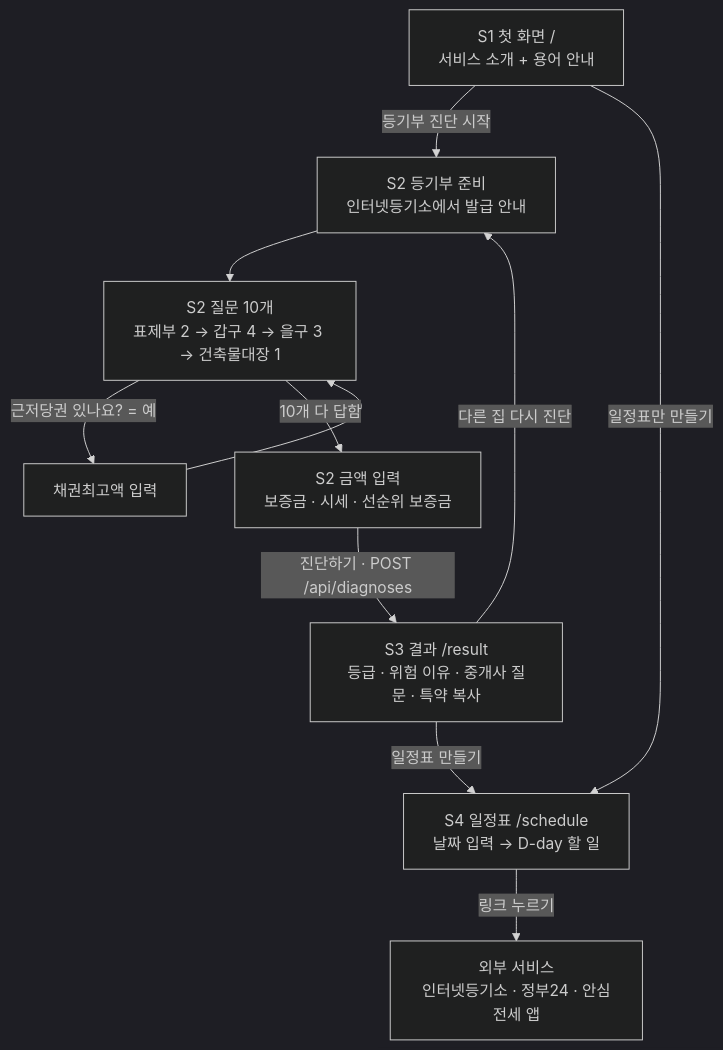
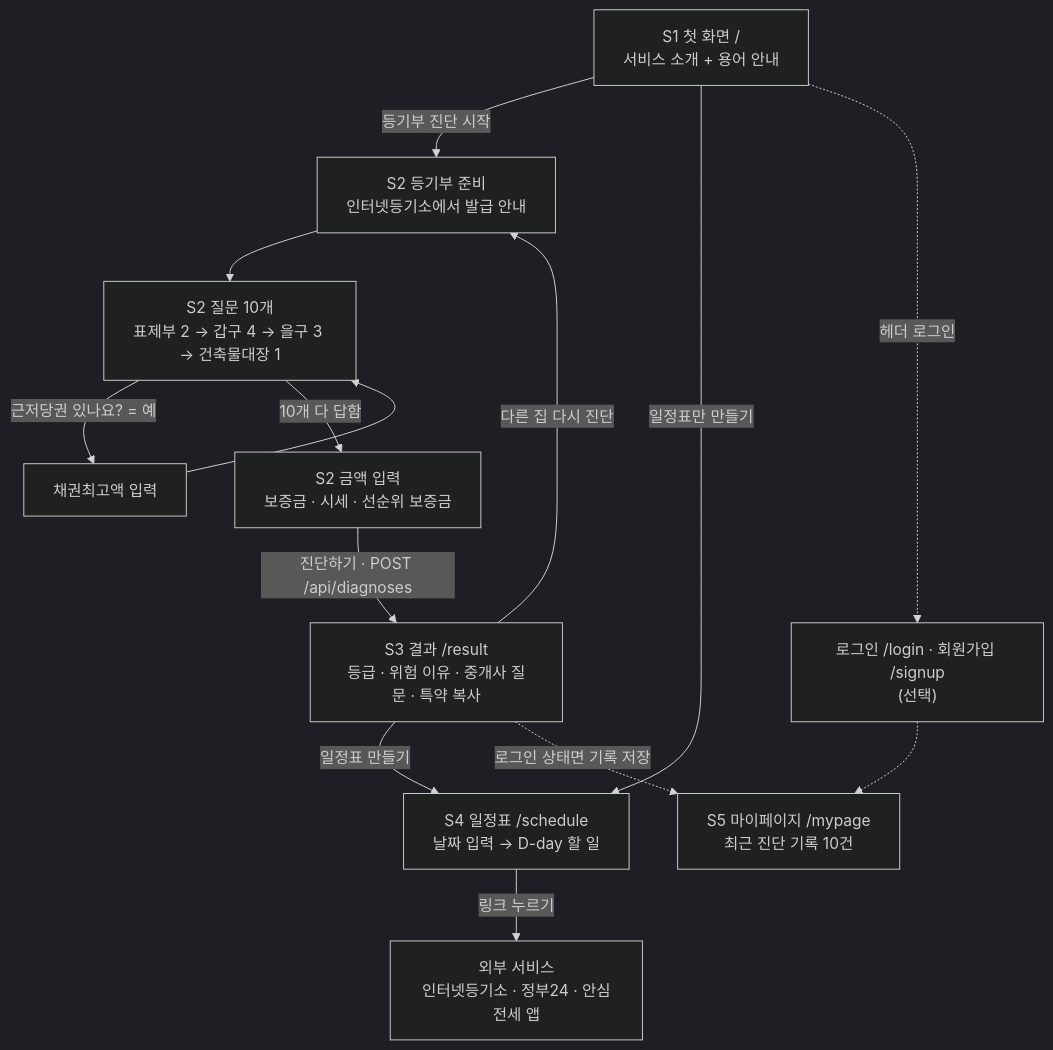
Before and after one commit to LGCNS-HackerTon/BackEnd: the first of 3 diagrams in docs/06-service-flow.md, drawn with Mermaid (dark theme). The commit also changed other lines of this file and 2 other files, not shown here.

Commit message:
[팀장] 로그인 선택 기능과 마이페이지 기록 범위 반영

````diff
--- a/docs/06-service-flow.md
+++ b/docs/06-service-flow.md
@@ -16,22 +16,27 @@
 ```mermaid
 flowchart TD
     S1["S1 첫 화면 /<br/>서비스 소개 + 용어 안내"]
     S2a["S2 등기부 준비<br/>인터넷등기소에서 발급 안내"]
     S2b["S2 질문 10개<br/>표제부 2 → 갑구 4 → 을구 3 → 건축물대장 1"]
     S2c["채권최고액 입력"]
     S2d["S2 금액 입력<br/>보증금 · 시세 · 선순위 보증금"]
     S3["S3 결과 /result<br/>등급 · 위험 이유 · 중개사 질문 · 특약 복사"]
     S4["S4 일정표 /schedule<br/>날짜 입력 → D-day 할 일"]
     EXT["외부 서비스<br/>인터넷등기소 · 정부24 · 안심전세 앱"]
+    L["로그인 /login · 회원가입 /signup<br/>(선택)"]
+    S5["S5 마이페이지 /mypage<br/>최근 진단 기록 10건"]
 
     S1 -->|등기부 진단 시작| S2a
     S1 -->|일정표만 만들기| S4
     S2a --> S2b
     S2b -->|근저당권 있나요? = 예| S2c
     S2c --> S2b
     S2b -->|10개 다 답함| S2d
     S2d -->|진단하기 · POST /api/diagnoses| S3
     S3 -->|다른 집 다시 진단| S2a
     S3 -->|일정표 만들기| S4
     S4 -->|링크 누르기| EXT
+    S1 -.->|헤더 로그인| L
+    L -.-> S5
+    S3 -.->|로그인 상태면 기록 저장| S5
 ```
````
